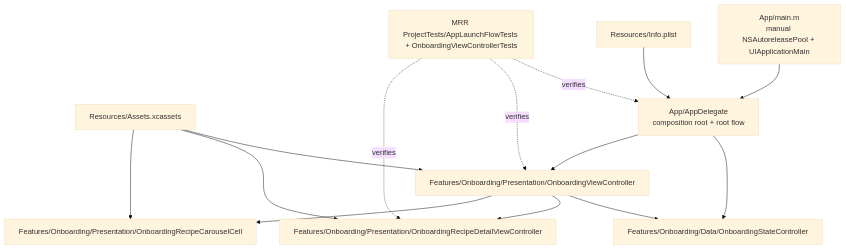
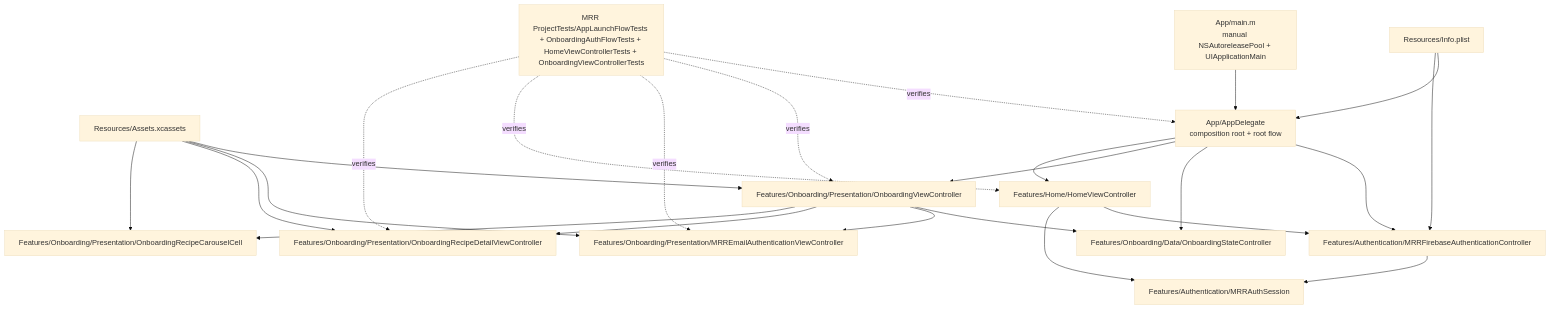
One commit to bengidev/ios-mrr-experiment changed the first of 6 diagrams in ARCHITECTURE.md. Above: the diagram before and after it, drawn with Mermaid (base theme). The commit also changed other lines of this file and 15 other files, not shown here.

````diff
--- a/ARCHITECTURE.md
+++ b/ARCHITECTURE.md
@@ -25,26 +28,40 @@
 ```mermaid
 flowchart TB
   main["App/main.m<br/>manual NSAutoreleasePool + UIApplicationMain"]
   plist["Resources/Info.plist"]
   assets["Resources/Assets.xcassets"]
   app["App/AppDelegate<br/>composition root + root flow"]
+  auth["Features/Authentication/MRRFirebaseAuthenticationController"]
+  session["Features/Authentication/MRRAuthSession"]
   onboardingState["Features/Onboarding/Data/OnboardingStateController"]
   onboardingVC["Features/Onboarding/Presentation/OnboardingViewController"]
+  emailAuthVC["Features/Onboarding/Presentation/MRREmailAuthenticationViewController"]
   onboardingDetailVC["Features/Onboarding/Presentation/OnboardingRecipeDetailViewController"]
   carouselCell["Features/Onboarding/Presentation/OnboardingRecipeCarouselCell"]
-  tests["MRR ProjectTests/AppLaunchFlowTests + OnboardingViewControllerTests"]
+  homeVC["Features/Home/HomeViewController"]
+  tests["MRR ProjectTests/AppLaunchFlowTests + OnboardingAuthFlowTests + HomeViewControllerTests + OnboardingViewControllerTests"]
 
   main --> app
   plist --> app
+  plist --> auth
   assets --> onboardingVC
+  assets --> emailAuthVC
   assets --> onboardingDetailVC
   assets --> carouselCell
+  app --> auth
+  auth --> session
   app --> onboardingState
   app --> onboardingVC
+  app --> homeVC
   onboardingVC --> onboardingState
+  onboardingVC --> emailAuthVC
   onboardingVC --> onboardingDetailVC
   onboardingVC --> carouselCell
+  homeVC --> auth
+  homeVC --> session
   tests -.verifies.-> app
   tests -.verifies.-> onboardingVC
+  tests -.verifies.-> emailAuthVC
+  tests -.verifies.-> homeVC
   tests -.verifies.-> onboardingDetailVC
 ```
````
